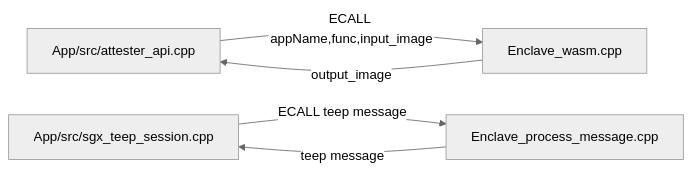
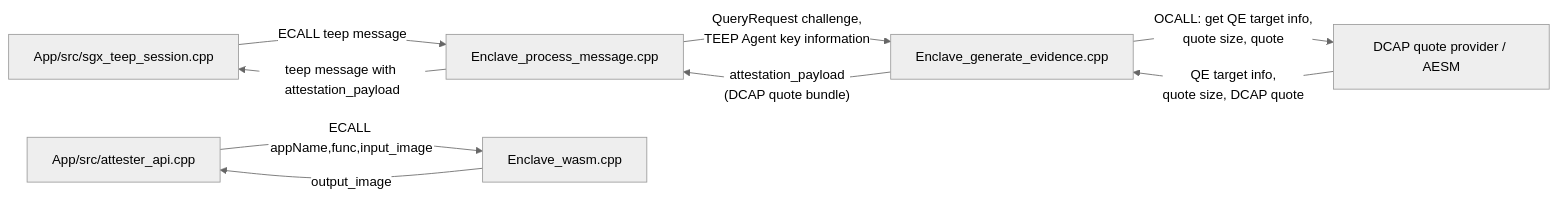
One commit to yuma-nishi/taws changed the third of 3 diagrams in doc/internal-design-dfd-dataflow.md. Above: the diagram before and after it, drawn with Mermaid (neutral theme). The commit also changed other lines of this file and 11 other files, not shown here.

````diff
--- a/doc/internal-design-dfd-dataflow.md
+++ b/doc/internal-design-dfd-dataflow.md
@@ -111,13 +112,19 @@
 ```mermaid
 flowchart LR
   CAPI[App/src/attester_api.cpp]
   Session[App/src/sgx_teep_session.cpp]
   EPM[Enclave_process_message.cpp]
+  Evidence[Enclave_generate_evidence.cpp]
   EWASM[Enclave_wasm.cpp]
+  DCAP[DCAP quote provider / AESM]
 
   CAPI -->|ECALL appName,func,input_image| EWASM
   EWASM -->|output_image| CAPI
 
   Session -->|ECALL teep message| EPM
-  EPM -->| teep message| Session
+  EPM -->|teep message with attestation_payload| Session
+  EPM -->|"QueryRequest challenge,<br/>TEEP Agent key information"| Evidence
+  Evidence -->|"OCALL: get QE target info,<br/>quote size, quote"| DCAP
+  DCAP -->|"QE target info,<br/>quote size, DCAP quote"| Evidence
+  Evidence -->|"attestation_payload<br/>(DCAP quote bundle)"| EPM
 ```
````
